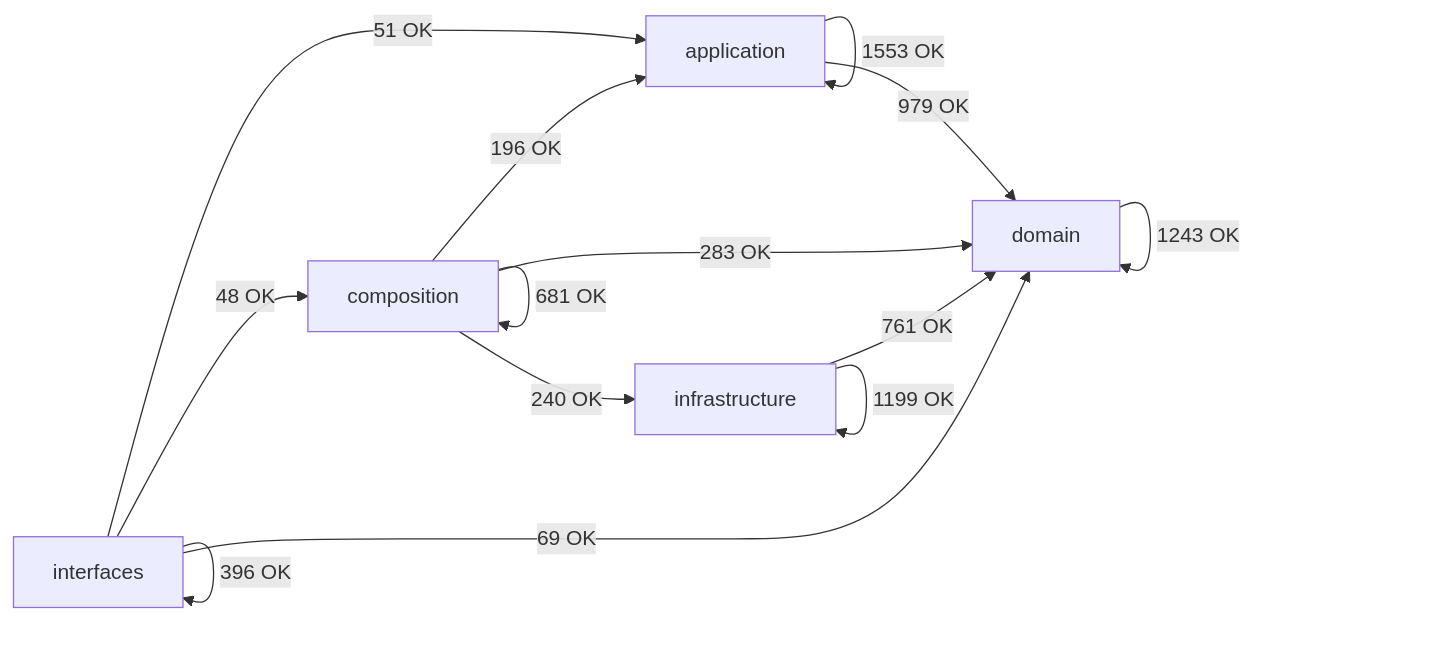
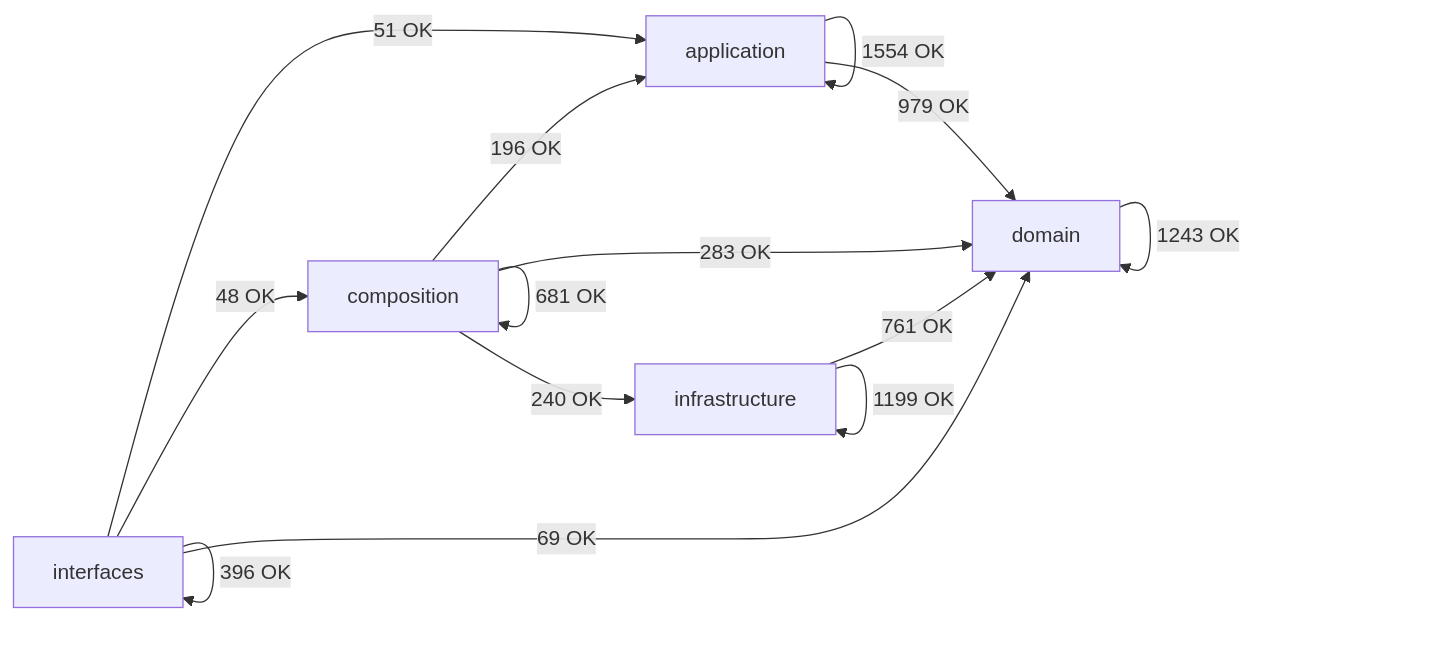
The diagram in docs/02-architecture/generated/module-dependency-map.md (SatoryKono/BioactivityDataAcquisition), drawn with Mermaid before and after one commit. The commit also changed other lines of this file and 2 other files, not shown here.

````diff
--- a/docs/02-architecture/generated/module-dependency-map.md
+++ b/docs/02-architecture/generated/module-dependency-map.md
@@ -17,21 +17,21 @@
 ```mermaid
 flowchart LR
     domain[domain]
     application[application]
     infrastructure[infrastructure]
     composition[composition]
     interfaces[interfaces]
-    application -->|1553 OK| application
+    application -->|1554 OK| application
     application -->|979 OK| domain
     composition -->|196 OK| application
     composition -->|681 OK| composition
     composition -->|283 OK| domain
     composition -->|240 OK| infrastructure
     domain -->|1243 OK| domain
     infrastructure -->|761 OK| domain
     infrastructure -->|1199 OK| infrastructure
     interfaces -->|51 OK| application
     interfaces -->|48 OK| composition
     interfaces -->|69 OK| domain
     interfaces -->|396 OK| interfaces
 ```
````
